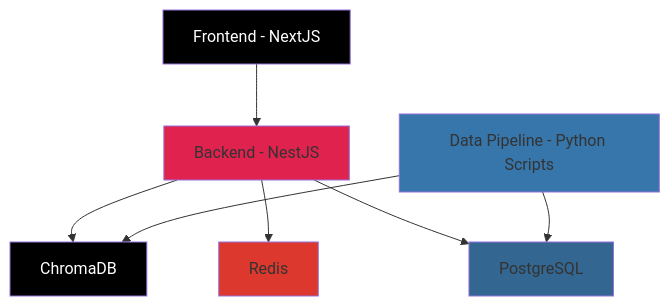
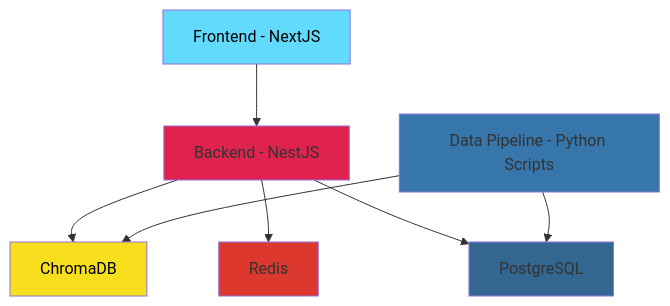
The diagram in README.md (pedrohugorm/pp-challenge), drawn with Mermaid before and after one commit.

````diff
--- a/README.md
+++ b/README.md
@@ -7,16 +7,16 @@
 ```mermaid
 graph TB
     A[Frontend - NextJS] --> B[Backend - NestJS]
     B --> C[ChromaDB]
     B --> D[Redis]
     B --> E[PostgreSQL]
     F[Data Pipeline - Python Scripts] --> C
     F --> E
     
-    style A fill:#000000,color:#ffffff
+    style A fill:#61dafb,color:#000000
     style B fill:#e0234e
-    style C fill:#000000,color:#ffffff
+    style C fill:#f7df1e,color:#000000
     style D fill:#dc382d
     style E fill:#336791
     style F fill:#3776ab
 ```
````
